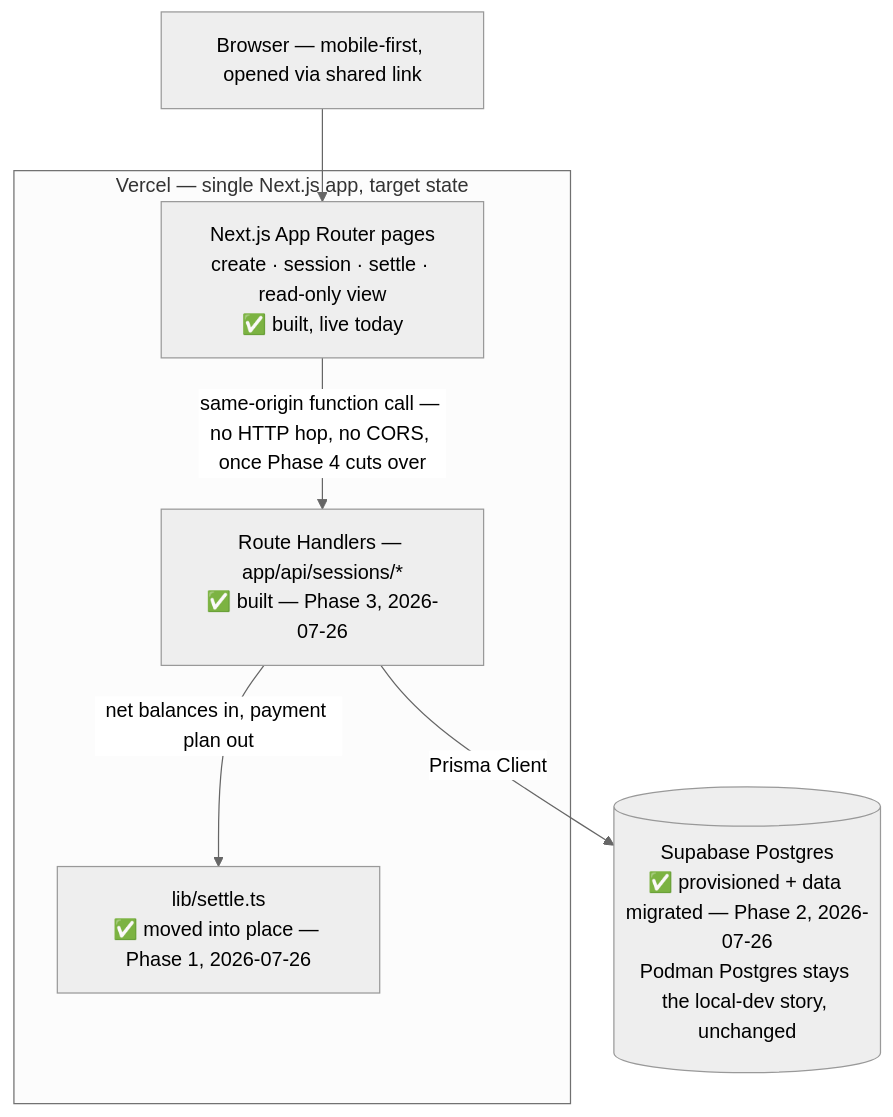
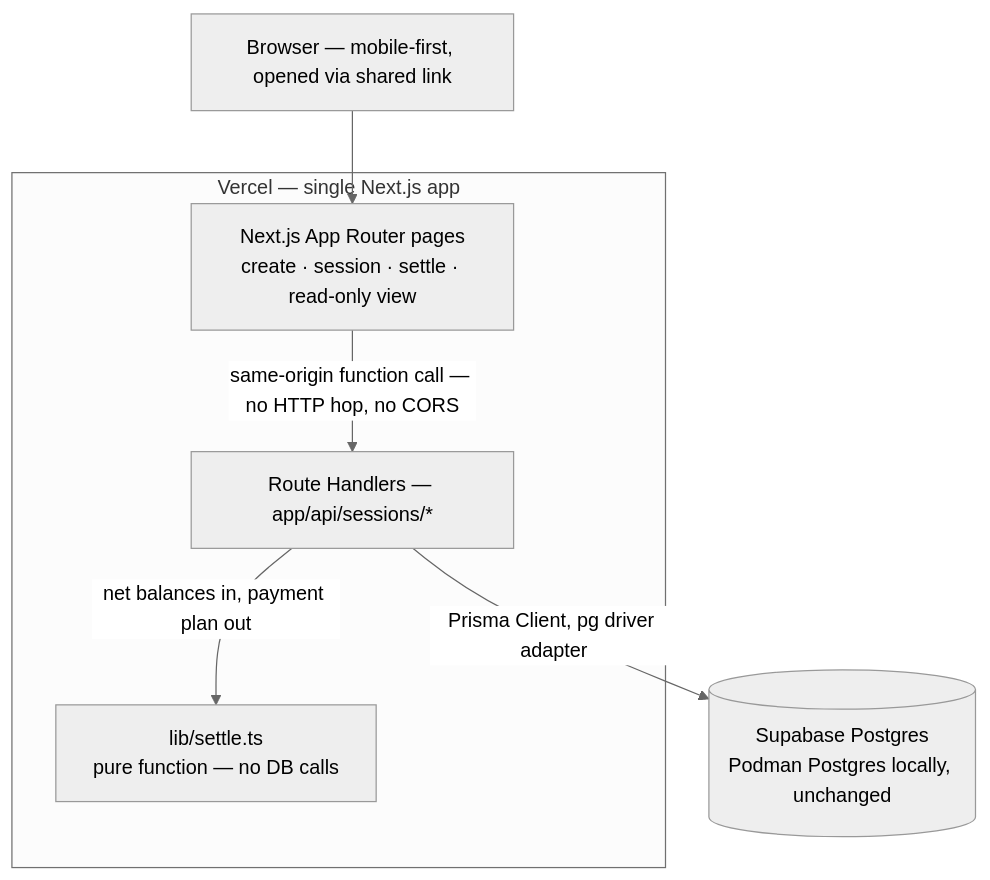
Before and after one commit to ryansabandal/divvy-app: the first of 3 diagrams in README.md, drawn with Mermaid (neutral theme). The commit also changed other lines of this file and 10 other files, not shown here.

````diff
--- a/README.md
+++ b/README.md
@@ -51,17 +22,17 @@
 ```mermaid
 flowchart TD
     Browser["Browser — mobile-first, opened via shared link"]
 
-    subgraph Vercel["Vercel — single Next.js app, target state"]
-        Next["Next.js App Router pages<br/>create · session · settle · read-only view<br/>✅ built, live today"]
-        RouteHandlers["Route Handlers — app/api/sessions/*<br/>✅ built — Phase 3, 2026-07-26"]
-        Settle["lib/settle.ts<br/>✅ moved into place — Phase 1, 2026-07-26"]
+    subgraph Vercel["Vercel — single Next.js app"]
+        Next["Next.js App Router pages<br/>create · session · settle · read-only view"]
+        RouteHandlers["Route Handlers — app/api/sessions/*"]
+        Settle["lib/settle.ts<br/>pure function — no DB calls"]
     end
 
-    DB[("Supabase Postgres<br/>✅ provisioned + data migrated — Phase 2, 2026-07-26<br/>Podman Postgres stays the local-dev story, unchanged")]
+    DB[("Supabase Postgres<br/>Podman Postgres locally, unchanged")]
 
     Browser --> Next
-    Next -->|"same-origin function call — no HTTP hop, no CORS, once Phase 4 cuts over"| RouteHandlers
+    Next -->|"same-origin function call — no HTTP hop, no CORS"| RouteHandlers
     RouteHandlers -->|"net balances in, payment plan out"| Settle
-    RouteHandlers -->|"Prisma Client"| DB
+    RouteHandlers -->|"Prisma Client, pg driver adapter"| DB
 ```
````
